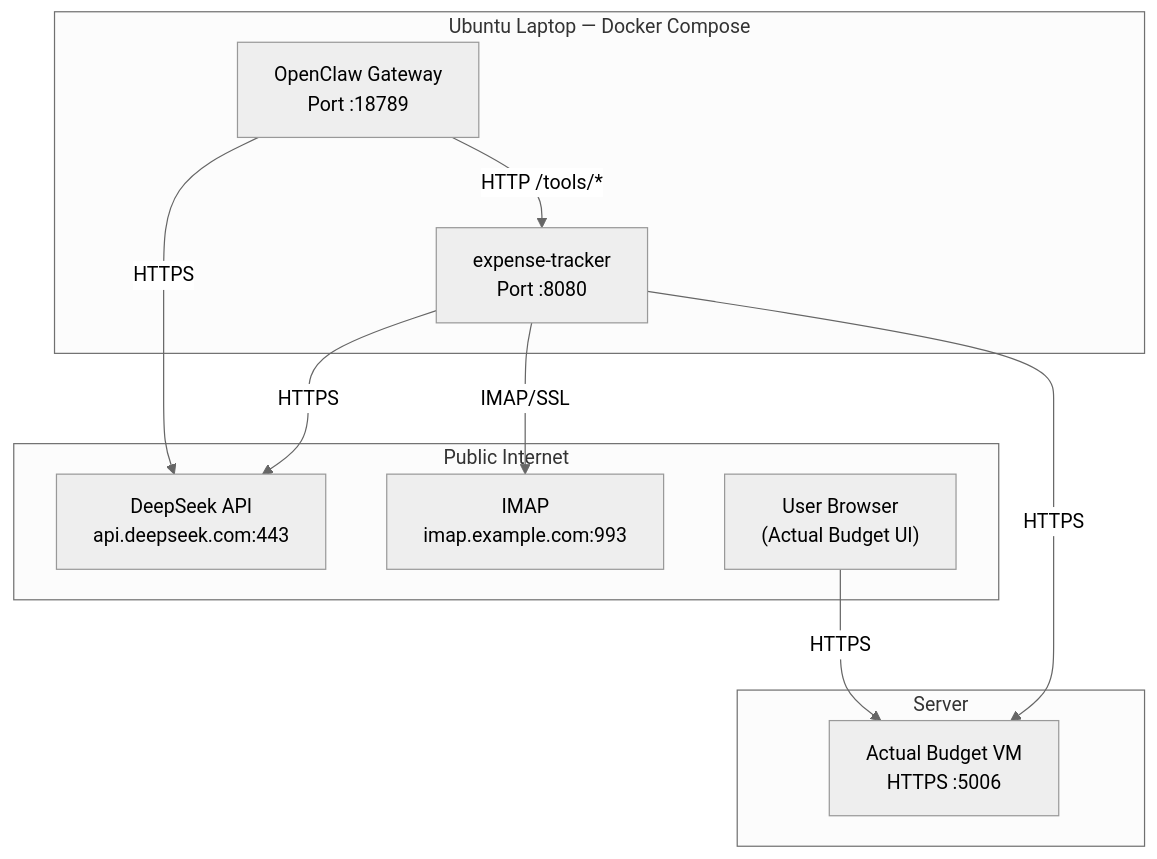
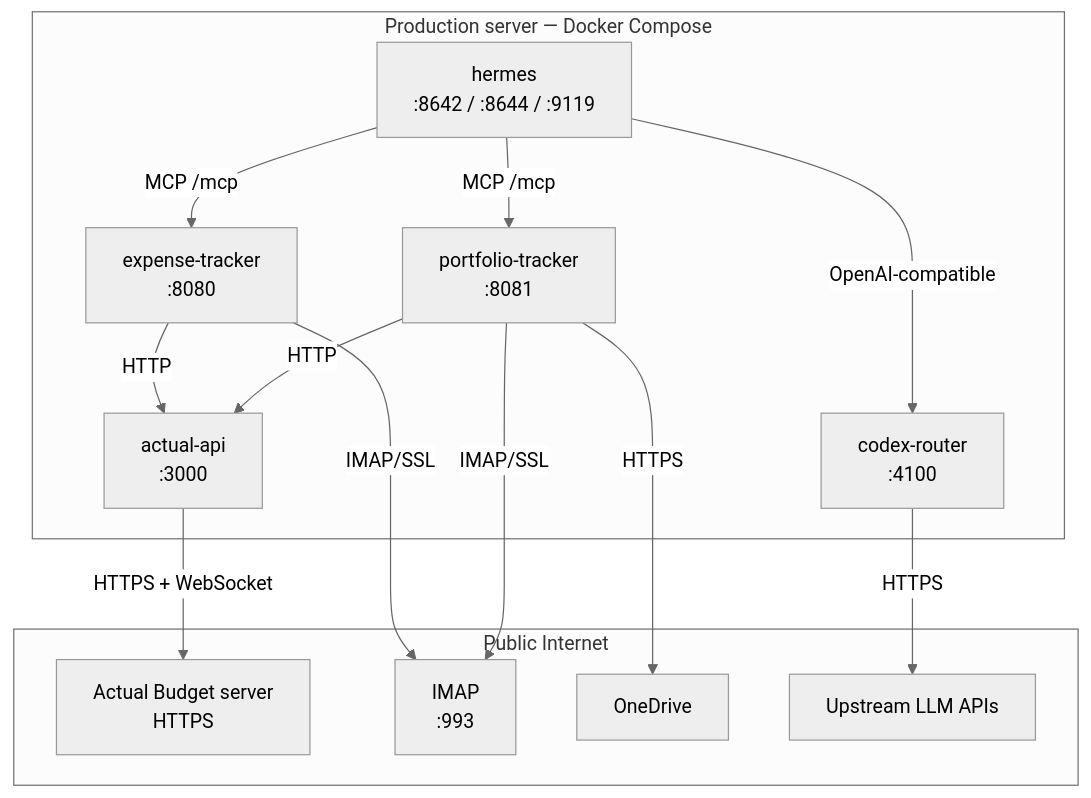
The third of 8 diagrams in design.md (darrencjh8/darren-openclaw), drawn with Mermaid (neutral theme) before and after one commit. The commit also changed other lines of this file and 17 other files, not shown here.

````diff
--- a/design.md
+++ b/design.md
@@ -280,24 +207,28 @@
 ```mermaid
 graph TB
-    subgraph Docker["Ubuntu Laptop — Docker Compose"]
-        GW["OpenClaw Gateway<br/>Port :18789"]
-        ET["expense-tracker<br/>Port :8080"]
-        GW -->|"HTTP /tools/*"| ET
-    end
-
-    subgraph FlyIO["Server"]
-        AB["Actual Budget VM<br/>HTTPS :5006"]
+    subgraph Docker["Production server — Docker Compose"]
+        H["hermes<br/>:8642 / :8644 / :9119"]
+        ET["expense-tracker<br/>:8080"]
+        PT["portfolio-tracker<br/>:8081"]
+        API["actual-api<br/>:3000"]
+        CR["codex-router<br/>:4100"]
+        H -->|"MCP /mcp"| ET
+        H -->|"MCP /mcp"| PT
+        ET -->|"HTTP"| API
+        PT -->|"HTTP"| API
+        H -->|"OpenAI-compatible"| CR
     end
 
     subgraph Public["Public Internet"]
-        DS["DeepSeek API<br/>api.deepseek.com:443"]
-        Mail["IMAP<br/>imap.example.com:993"]
-        User["User Browser<br/>(Actual Budget UI)"]
+        AB["Actual Budget server<br/>HTTPS"]
+        Mail["IMAP<br/>:993"]
+        OD["OneDrive"]
+        DS["Upstream LLM APIs"]
     end
 
-    ET -->|"HTTPS"| DS
+    API -->|"HTTPS + WebSocket"| AB
     ET -->|"IMAP/SSL"| Mail
-    ET -->|"HTTPS"| AB
-    GW -->|"HTTPS"| DS
-    User -->|"HTTPS"| AB
+    PT -->|"IMAP/SSL"| Mail
+    PT -->|"HTTPS"| OD
+    CR -->|"HTTPS"| DS
 ```
````
